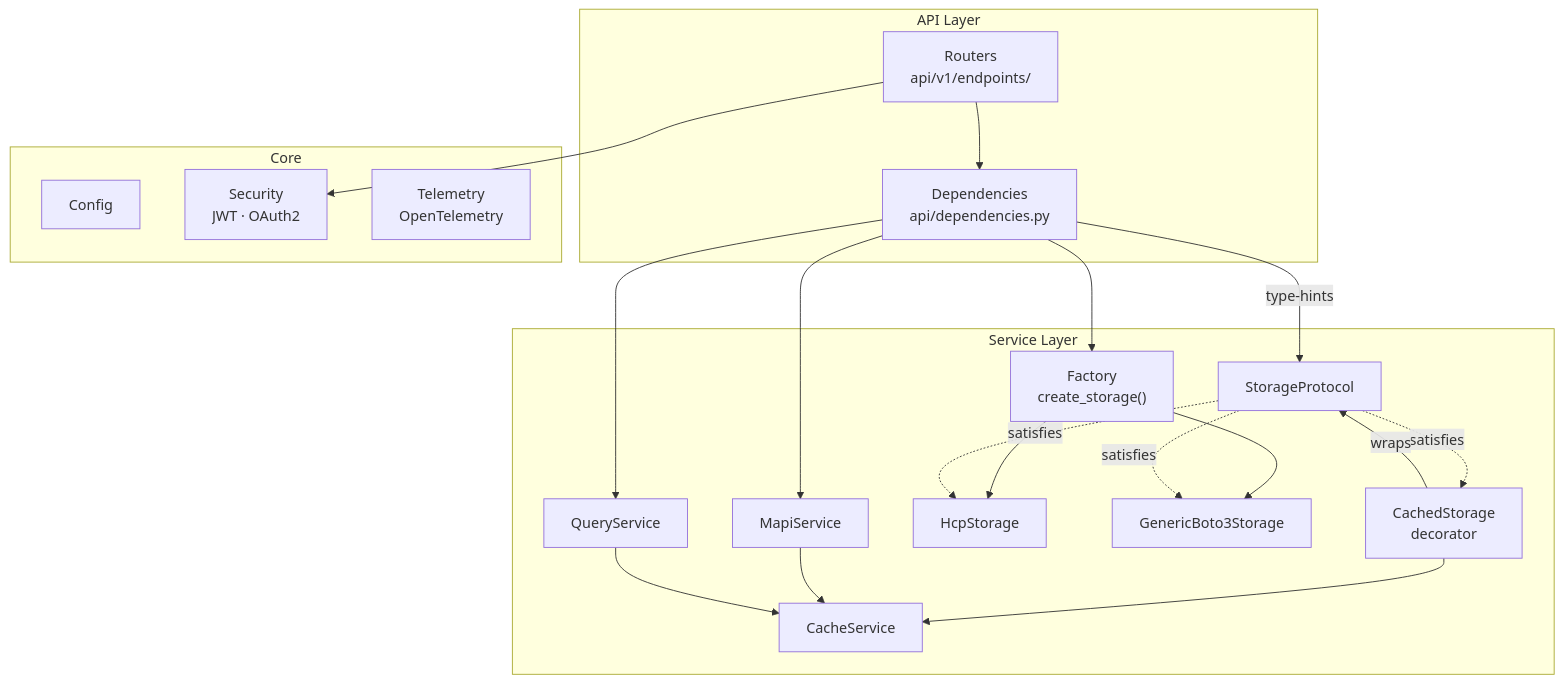
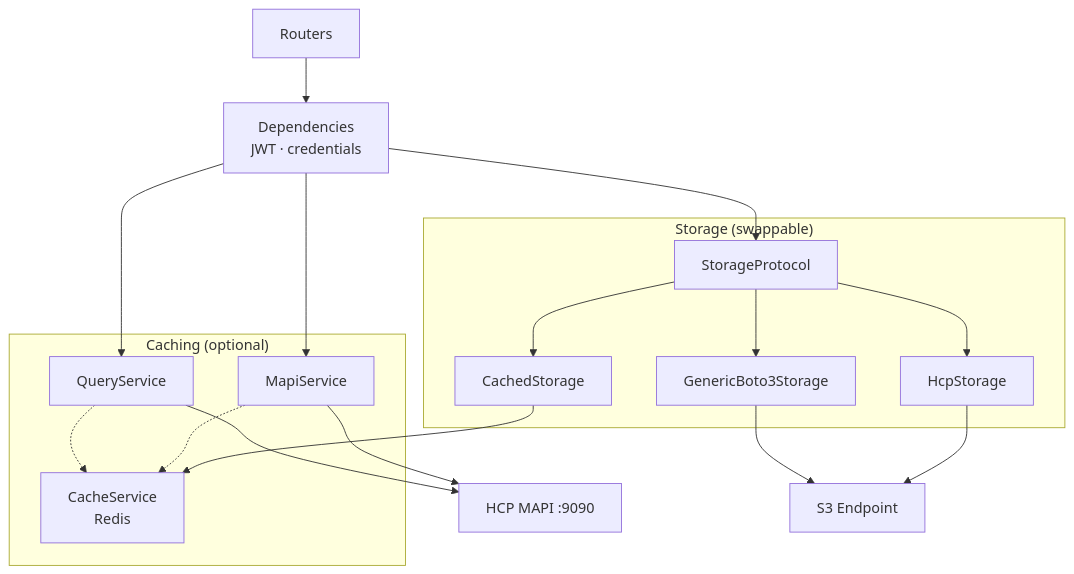
One commit to AI-Riksarkivet/ra-hcp changed the diagram in docs/architecture/backend.md. Above: the diagram before and after it, drawn with Mermaid. The commit also changed 3 other files, not shown here.

First line of the commit message:
docs: simplify architecture diagrams and update fix-docs command

````diff
--- a/docs/architecture/backend.md
+++ b/docs/architecture/backend.md
@@ -5,40 +5,25 @@
 ```mermaid
 graph TD
-    subgraph "API Layer"
-        R["Routers<br/>api/v1/endpoints/"]
-        DEP["Dependencies<br/>api/dependencies.py"]
+    R["Routers"] --> DEP["Dependencies<br/>JWT · credentials"]
+
+    DEP --> MS["MapiService"]
+    DEP --> SP["StorageProtocol"]
+    DEP --> QS["QueryService"]
+
+    subgraph "Storage (swappable)"
+        SP --> CACHED["CachedStorage"]
+        SP --> HCP_A["HcpStorage"]
+        SP --> GEN["GenericBoto3Storage"]
     end
 
-    subgraph "Service Layer"
-        MS["MapiService"]
-        SP["StorageProtocol"]
-        CACHED["CachedStorage<br/>decorator"]
-        FAC["Factory<br/>create_storage()"]
-        HCP_A["HcpStorage"]
-        GEN["GenericBoto3Storage"]
-        QS["QueryService"]
-        CS["CacheService"]
+    subgraph "Caching (optional)"
+        CACHED --> CS["CacheService<br/>Redis"]
+        MS -.-> CS
+        QS -.-> CS
     end
 
-    subgraph "Core"
-        CFG["Config"]
-        SEC["Security<br/>JWT · OAuth2"]
-        TEL["Telemetry<br/>OpenTelemetry"]
-    end
-
-    R --> DEP
-    DEP --> MS
-    DEP -->|"type-hints"| SP
-    DEP --> FAC
-    FAC --> HCP_A
-    FAC --> GEN
-    SP -.->|"satisfies"| HCP_A
-    SP -.->|"satisfies"| GEN
-    SP -.->|"satisfies"| CACHED
-    CACHED -->|"wraps"| SP
-    CACHED --> CS
-    DEP --> QS
-    MS --> CS
-    QS --> CS
-    R --> SEC
+    MS --> HCP_EXT["HCP MAPI :9090"]
+    HCP_A --> S3_EXT["S3 Endpoint"]
+    GEN --> S3_EXT
+    QS --> HCP_EXT
 ```
````
